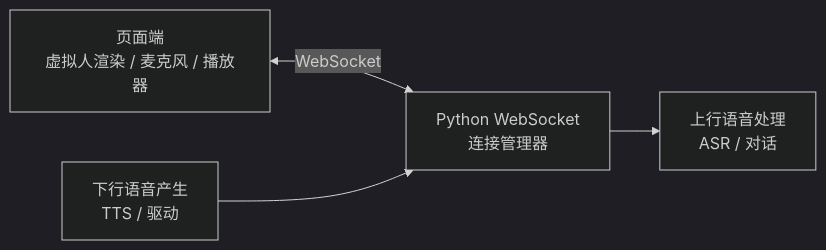
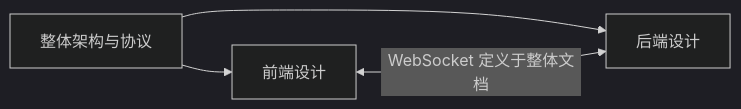
Before and after one commit to chen1220502052/real-time-voice: the diagram in DESIGN.md, drawn with Mermaid (dark theme). The commit also changed other lines of this file and 23 other files, not shown here.

````diff
--- a/DESIGN.md
+++ b/DESIGN.md
@@ -11,6 +12,6 @@
 ```mermaid
 flowchart LR
-  P[页面端\n虚拟人渲染 / 麦克风 / 播放器] <-->|WebSocket| M[Python WebSocket\n连接管理器]
-  M --> U[上行语音处理\nASR / 对话]
-  D[下行语音产生\nTTS / 驱动] --> M
+  A[整体架构与协议] --> F[前端设计]
+  A --> B[后端设计]
+  F <-->|WebSocket 定义于整体文档| B
 ```
````
